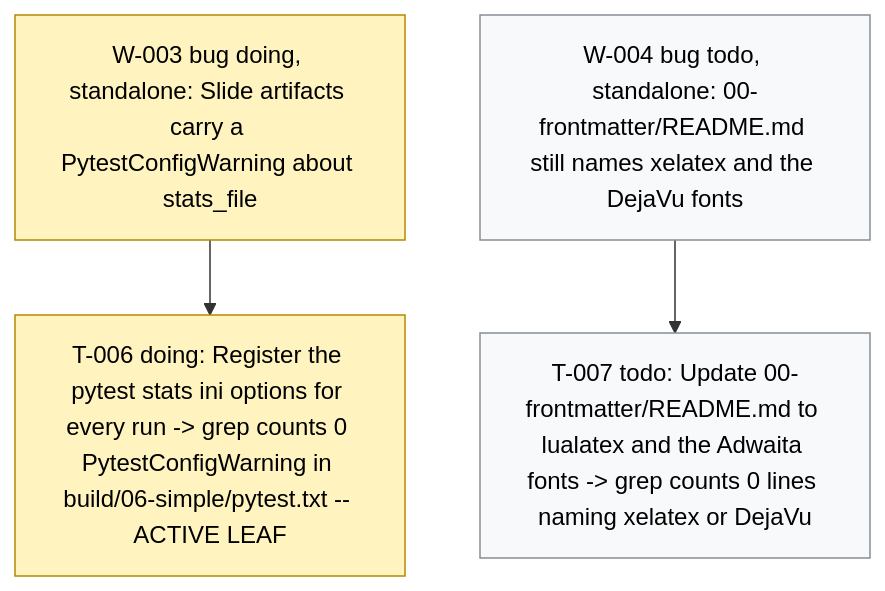
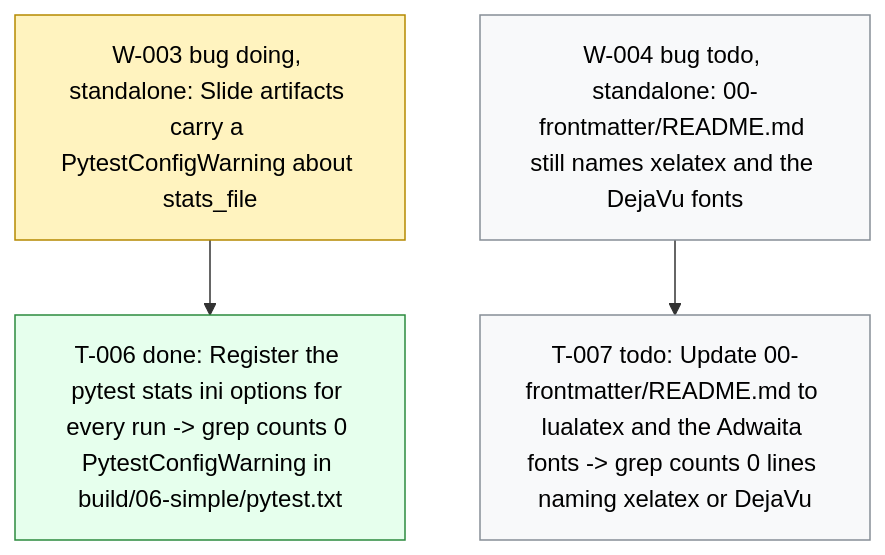
Before and after one commit to dpopchev/chaos-to-simple: the diagram in .board/BOARD.md, drawn with Mermaid. The commit also changed other lines of this file and 1 other file, not shown here.

Commit message:
chore(board): close T-006 -- W-003 ready to land
Refs: W-003 T-006

````diff
--- a/.board/BOARD.md
+++ b/.board/BOARD.md
@@ -30,14 +30,15 @@
 ```mermaid
 flowchart TD
   W003["W-003 bug doing, standalone: Slide artifacts carry a PytestConfigWarning about stats_file"]
-  W003 --> T006["T-006 doing: Register the pytest stats ini options for every run -> grep counts 0 PytestConfigWarning in build/06-simple/pytest.txt -- ACTIVE LEAF"]
+  W003 --> T006["T-006 done: Register the pytest stats ini options for every run -> grep counts 0 PytestConfigWarning in build/06-simple/pytest.txt"]
   W004["W-004 bug todo, standalone: 00-frontmatter/README.md still names xelatex and the DejaVu fonts"]
   W004 --> T007["T-007 todo: Update 00-frontmatter/README.md to lualatex and the Adwaita fonts -> grep counts 0 lines naming xelatex or DejaVu"]
   classDef doing fill:#fff3bf,stroke:#b58900,color:#000;
   classDef blocked fill:#ffe3e3,stroke:#c92a2a,color:#000;
   classDef done fill:#e6ffed,stroke:#2b8a3e,color:#000;
   classDef todo fill:#f8f9fa,stroke:#868e96,color:#000;
   classDef pruned fill:#f1f3f5,stroke:#adb5bd,color:#000;
-  class W003,T006 doing
+  class W003 doing
+  class T006 done
   class W004,T007 todo
 ```
````
